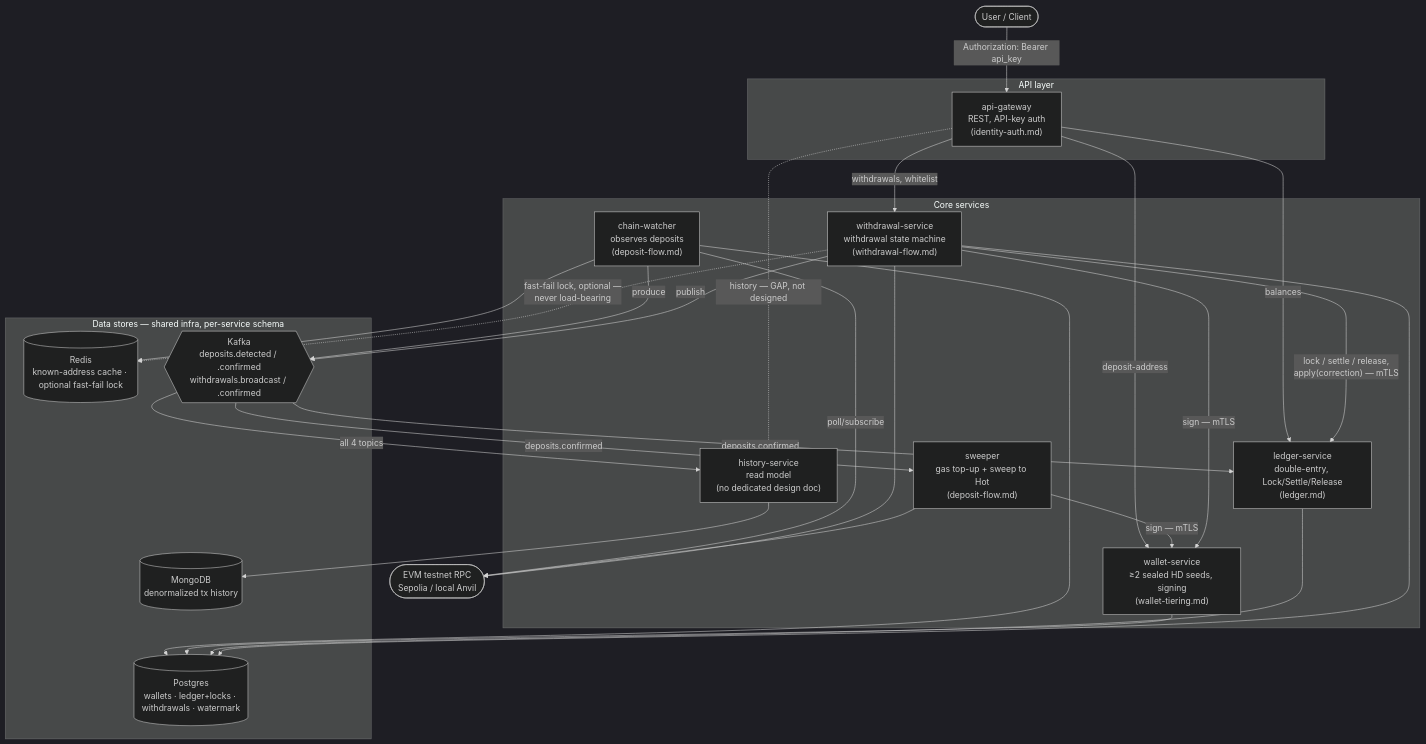
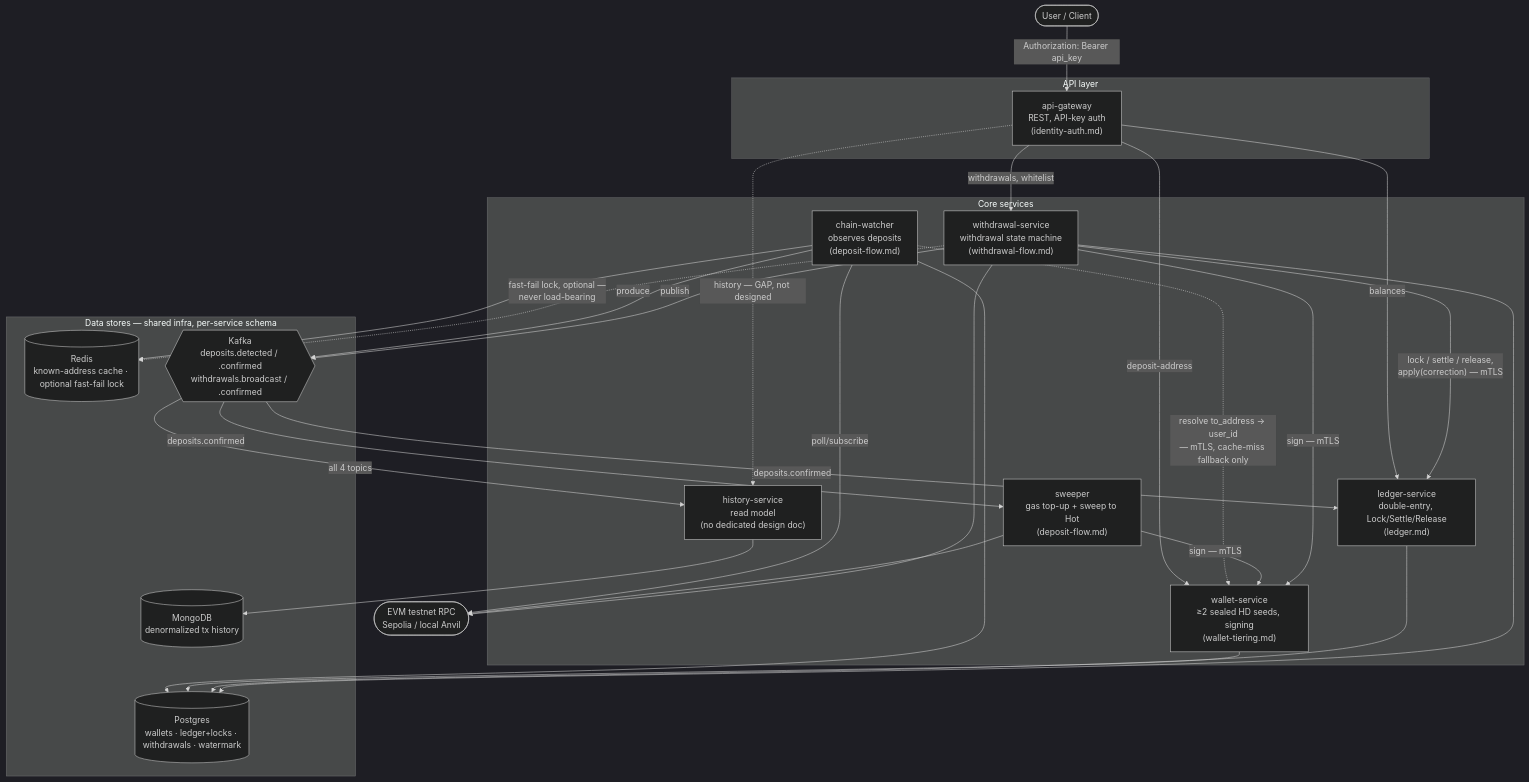
Before and after one commit to VuKhuongDuy/DigiWal: the diagram in docs/ARCHITECTURE.md, drawn with Mermaid (dark theme). The commit also changed other lines of this file and 4 other files, not shown here.

````diff
--- a/docs/ARCHITECTURE.md
+++ b/docs/ARCHITECTURE.md
@@ -46,55 +46,56 @@
 ```mermaid
 flowchart TB
     Client(["User / Client"])
 
     subgraph API["API layer"]
         Gateway["api-gateway<br/>REST, API-key auth<br/>(identity-auth.md)"]
     end
 
     subgraph Core["Core services"]
         Wallet["wallet-service<br/>≥2 sealed HD seeds, signing<br/>(wallet-tiering.md)"]
         Watcher["chain-watcher<br/>observes deposits<br/>(deposit-flow.md)"]
         Sweeper["sweeper<br/>gas top-up + sweep to Hot<br/>(deposit-flow.md)"]
         Ledger["ledger-service<br/>double-entry, Lock/Settle/Release<br/>(ledger.md)"]
         Withdrawal["withdrawal-service<br/>withdrawal state machine<br/>(withdrawal-flow.md)"]
         History["history-service<br/>read model<br/>(no dedicated design doc)"]
     end
 
     subgraph Stores["Data stores — shared infra, per-service schema"]
         PG[("Postgres<br/>wallets · ledger+locks · withdrawals · watermark")]
         Redis[("Redis<br/>known-address cache · optional fast-fail lock")]
         Kafka{{"Kafka<br/>deposits.detected / .confirmed<br/>withdrawals.broadcast / .confirmed"}}
         Mongo[("MongoDB<br/>denormalized tx history")]
     end
 
     Chain(["EVM testnet RPC<br/>Sepolia / local Anvil"])
 
     Client -->|"Authorization: Bearer api_key"| Gateway
     Gateway -->|"deposit-address"| Wallet
     Gateway -->|"balances"| Ledger
     Gateway -->|"withdrawals, whitelist"| Withdrawal
     Gateway -.->|"history — GAP, not designed"| History
 
     Watcher -->|poll/subscribe| Chain
     Watcher --> Redis
     Watcher --> PG
+    Watcher -.->|"resolve to_address -> user_id<br/>— mTLS, cache-miss fallback only"| Wallet
     Watcher -->|produce| Kafka
 
     Kafka -->|deposits.confirmed| Sweeper
     Kafka -->|deposits.confirmed| Ledger
     Kafka -->|all 4 topics| History
 
     Sweeper -->|"sign — mTLS"| Wallet
     Sweeper --> Chain
 
     Withdrawal -->|"lock / settle / release,<br/>apply(correction) — mTLS"| Ledger
     Withdrawal -->|"sign — mTLS"| Wallet
     Withdrawal --> Chain
     Withdrawal -->|publish| Kafka
     Withdrawal -.->|"fast-fail lock, optional —<br/>never load-bearing"| Redis
 
     Wallet --> PG
     Ledger --> PG
     Withdrawal --> PG
     History --> Mongo
 ```
````
